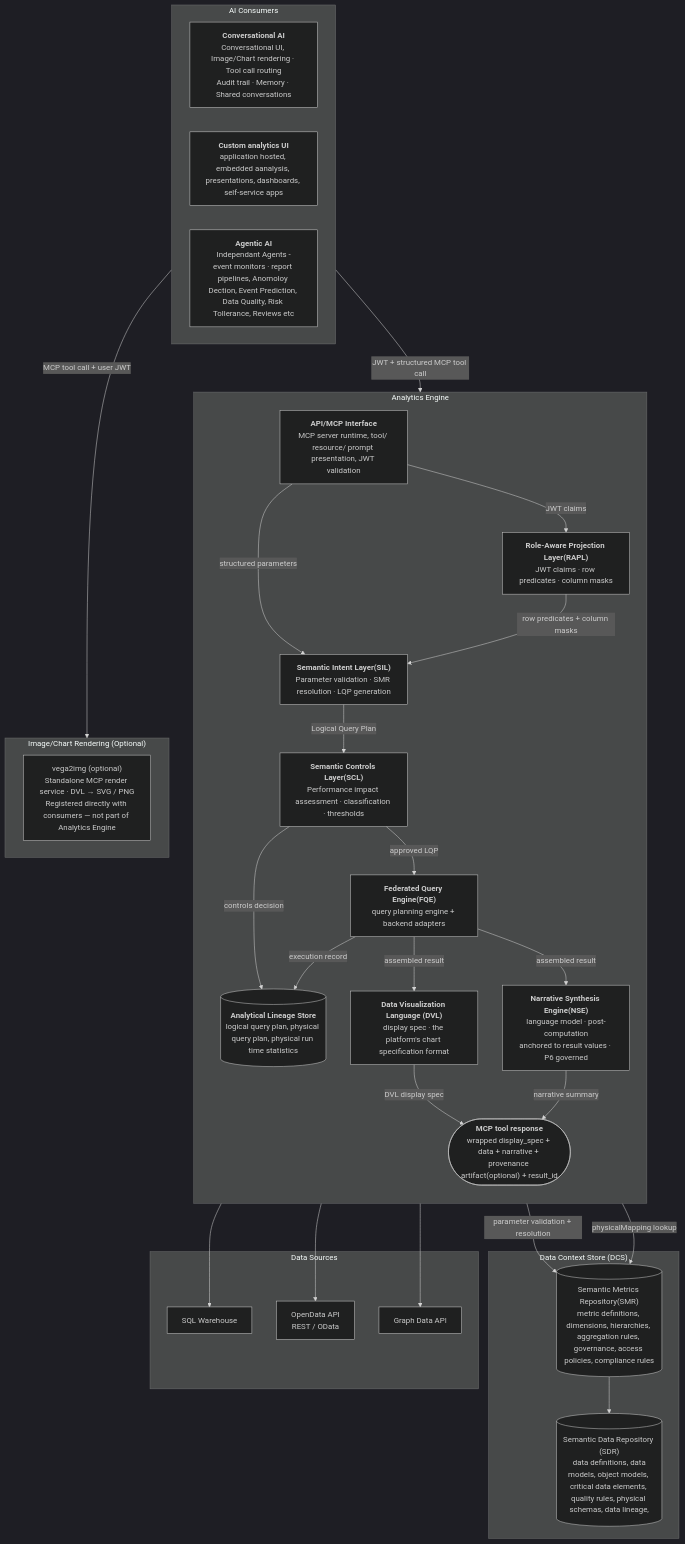
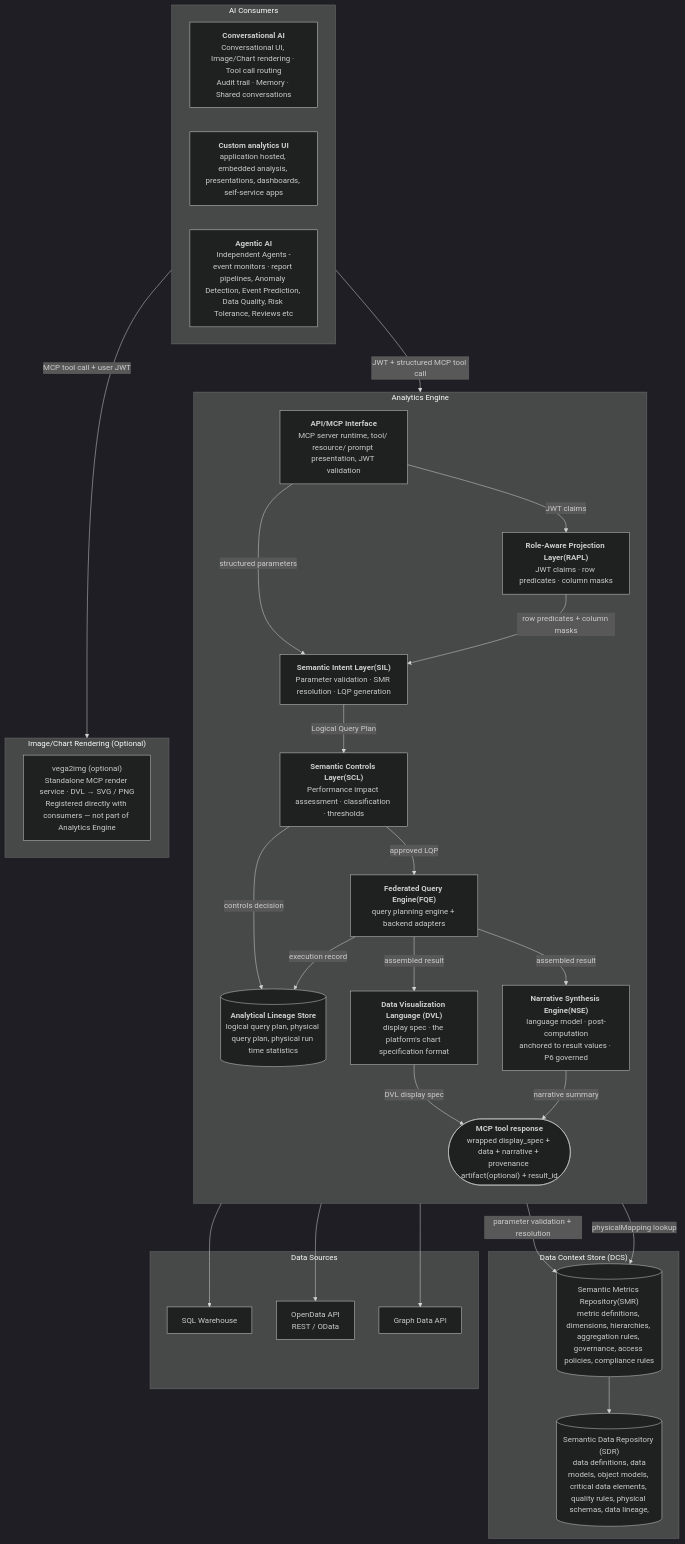
Before and after one commit to M-A-Operating-System/shared-work: the first of 6 diagrams in docs/product/analytics/02-core-capabilities.md, drawn with Mermaid (dark theme). The commit also changed other lines of this file, not shown here.

````diff
--- a/docs/product/analytics/02-core-capabilities.md
+++ b/docs/product/analytics/02-core-capabilities.md
@@ -59,55 +59,55 @@
 ```mermaid
 flowchart TD
     subgraph Consumers["AI Consumers"]
         direction LR
         ChatComp["<b>Conversational AI</b>\nConversational UI, Image/Chart rendering · Tool call routing\nAudit trail · Memory · Shared conversations"]
-        CustomUI["<b>Custom analytics UI</b>\napplication hosted, embedded aanalysis, presentations, dashboards, self-service apps"]
-        Agents["<b>Agentic AI</b>\n Independant Agents - event monitors · report pipelines, Anomoloy Dection, Event Prediction, Data Quality, Risk Tollerance, Reviews etc"]
+        CustomUI["<b>Custom analytics UI</b>\napplication hosted, embedded analysis, presentations, dashboards, self-service apps"]
+        Agents["<b>Agentic AI</b>\n Independent Agents - event monitors · report pipelines, Anomaly Detection, Event Prediction, Data Quality, Risk Tolerance, Reviews etc"]
     end
 
     subgraph analytics["Analytics Engine"]
         direction TB
         MCP["<b>API/MCP Interface</b>\nMCP server runtime, tool/ resource/ prompt presentation, JWT validation"]
         SIL["<b>Semantic Intent Layer(SIL)</b>\nParameter validation · SMR resolution · LQP generation"]
         RAPL["<b>Role-Aware Projection Layer(RAPL)</b>\nJWT claims · row predicates · column masks"]
         SCL["<b>Semantic Controls Layer(SCL)</b>\nPerformance impact assessment · classification · thresholds"]
         FQE["<b>Federated Query Engine(FQE)</b>\nquery planning engine + backend adapters"]
         VO["<b>Data Visualization Language (DVL)</b>\ndisplay spec · the platform's chart specification format"]
         NSE["<b>Narrative Synthesis Engine(NSE)</b>\nlanguage model · post-computation\nanchored to result values · P6 governed"]
         LS[("<b>Analytical Lineage Store</b>\nlogical query plan, physical query plan, physical run time statistics")]
         Result(["<b>MCP tool response</b>\nwrapped display_spec + data + narrative + provenance artifact(optional) + result_id"])
     end
 
      subgraph Image["Image/Chart Rendering (Optional)"]
             vega2img["vega2img (optional)\nStandalone MCP render service · DVL → SVG / PNG\nRegistered directly with consumers — not part of Analytics Engine"]
     end
 
     subgraph dcs["Data Context Store (DCS)"]
         SMR[("Semantic Metrics Repository(SMR)\nmetric definitions, dimensions, hierarchies, aggregation rules, governance, access policies, compliance rules ")]
         SDR[("Semantic Data Repository (SDR)\n data definitions, data models, object models, critical data elements, quality rules, physical schemas, data lineage,")]
         SMR --> SDR
     end
 
     subgraph backends["Data Sources"]
         SQL["SQL Warehouse"]
         ODA["OpenData API\nREST / OData"]
         GDA["Graph Data API"]
     end
 
     Consumers -->|"JWT + structured MCP tool call"| MCP
     Consumers -->|"MCP tool call + user JWT"| Image
     MCP -->|"structured parameters"| SIL
     MCP -->|"JWT claims"| RAPL
     RAPL -->|"row predicates + column masks"| SIL
     SIL -->|"parameter validation + resolution"| SMR
     SIL -->|"Logical Query Plan"| SCL
     SCL -->|"approved LQP"| FQE
     SCL -->|"controls decision"| LS
     FQE -->|"physicalMapping lookup"| SMR
     FQE --> SQL & ODA & GDA
     FQE -->|"execution record"| LS
     FQE -->|"assembled result"| VO
     FQE -->|"assembled result"| NSE
     VO -->|"DVL display spec"| Result
     NSE -->|"narrative summary"| Result
 ```
````
